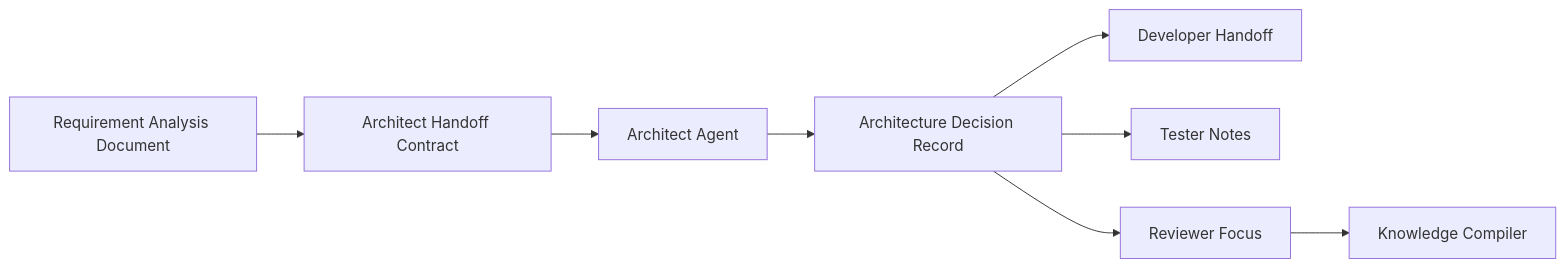
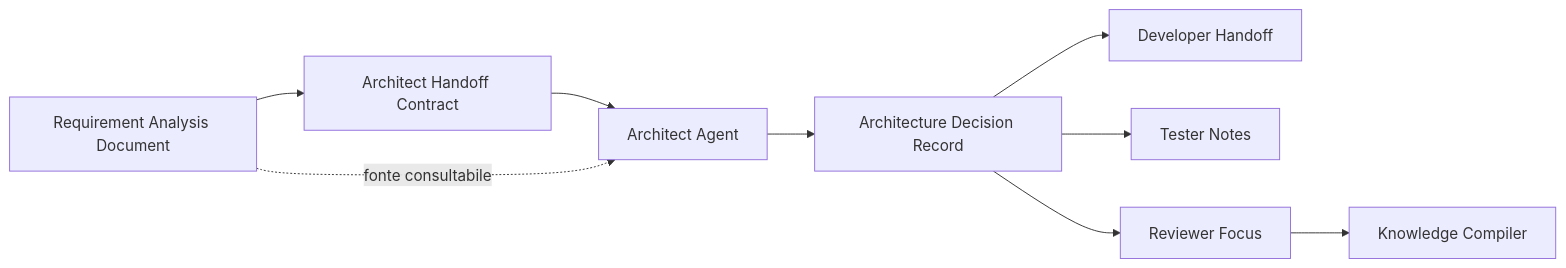
Before and after one commit to EnricoPaparo/AgentFactory: the diagram in lessons/13-architect-agent-e-architecture-decision-record.md, drawn with Mermaid. The commit also changed other lines of this file and 18 other files, not shown here.

````diff
--- a/lessons/13-architect-agent-e-architecture-decision-record.md
+++ b/lessons/13-architect-agent-e-architecture-decision-record.md
@@ -274,10 +282,11 @@
 ```mermaid
 flowchart LR
     A["Requirement Analysis Document"] --> B["Architect Handoff Contract"]
     B --> C["Architect Agent"]
+    A -. "fonte consultabile" .-> C
     C --> D["Architecture Decision Record"]
     D --> E["Developer Handoff"]
     D --> F["Tester Notes"]
     D --> G["Reviewer Focus"]
     G --> H["Knowledge Compiler"]
 ```
````
